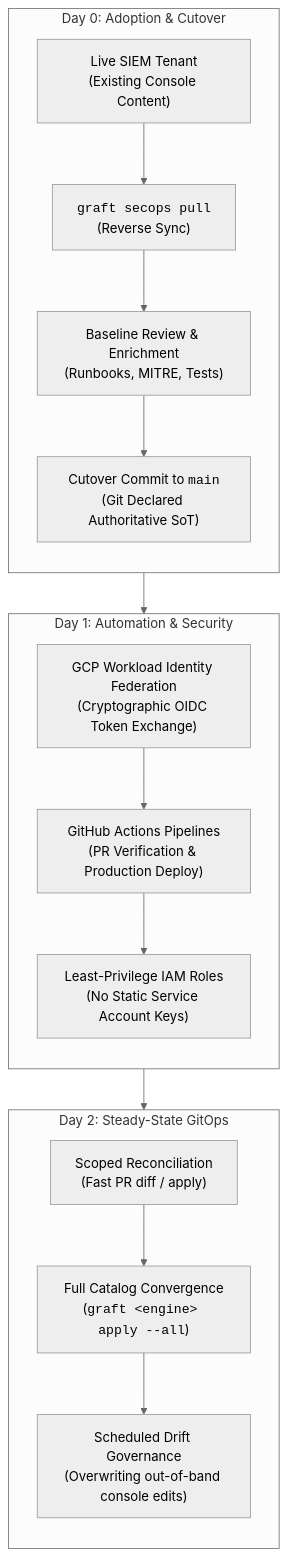
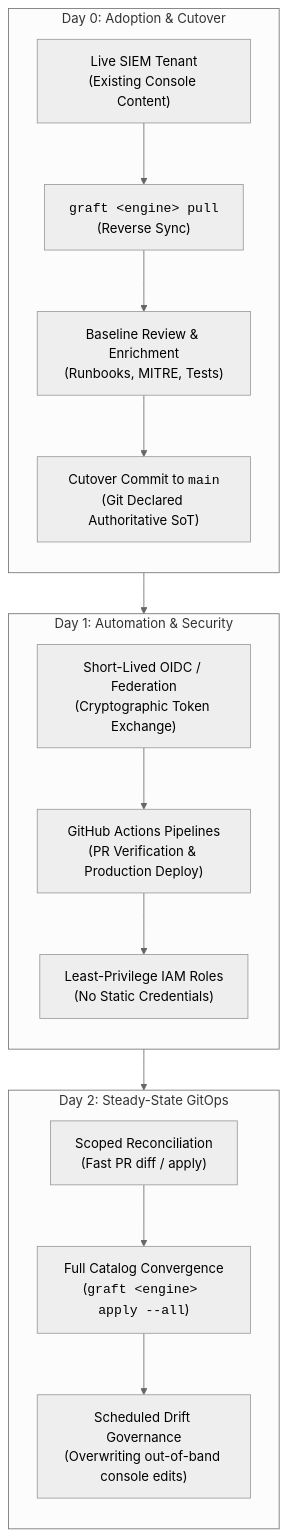
Before and after one commit to lopes/graft: the diagram in docs/operators/README.md, drawn with Mermaid (neutral theme). The commit also changed other lines of this file and 37 other files, not shown here.

````diff
--- a/docs/operators/README.md
+++ b/docs/operators/README.md
@@ -13,29 +13,29 @@
 ```mermaid
 flowchart TD
     subgraph Day0["Day 0: Adoption & Cutover"]
         direction TB
         SIEM["Live SIEM Tenant<br/>(Existing Console Content)"]
-        PULL["<code>graft secops pull</code><br/>(Reverse Sync)"]
+        PULL["<code>graft &lt;engine&gt; pull</code><br/>(Reverse Sync)"]
         ENRICH["Baseline Review & Enrichment<br/>(Runbooks, MITRE, Tests)"]
         CUTOVER["Cutover Commit to <code>main</code><br/>(Git Declared Authoritative SoT)"]
         SIEM --> PULL --> ENRICH --> CUTOVER
     end
 
     subgraph Day1["Day 1: Automation & Security"]
         direction TB
-        WIF["GCP Workload Identity Federation<br/>(Cryptographic OIDC Token Exchange)"]
+        WIF["Short-Lived OIDC / Federation<br/>(Cryptographic Token Exchange)"]
         CI["GitHub Actions Pipelines<br/>(PR Verification & Production Deploy)"]
-        IAM["Least-Privilege IAM Roles<br/>(No Static Service Account Keys)"]
+        IAM["Least-Privilege IAM Roles<br/>(No Static Credentials)"]
         WIF --> CI --> IAM
     end
 
     subgraph Day2["Day 2: Steady-State GitOps"]
         direction TB
         SCOPED["Scoped Reconciliation<br/>(Fast PR diff / apply)"]
         FULL["Full Catalog Convergence<br/>(<code>graft &lt;engine&gt; apply --all</code>)"]
         DRIFT["Scheduled Drift Governance<br/>(Overwriting out-of-band console edits)"]
         SCOPED --> FULL --> DRIFT
     end
 
     Day0 --> Day1 --> Day2
 ```
````
